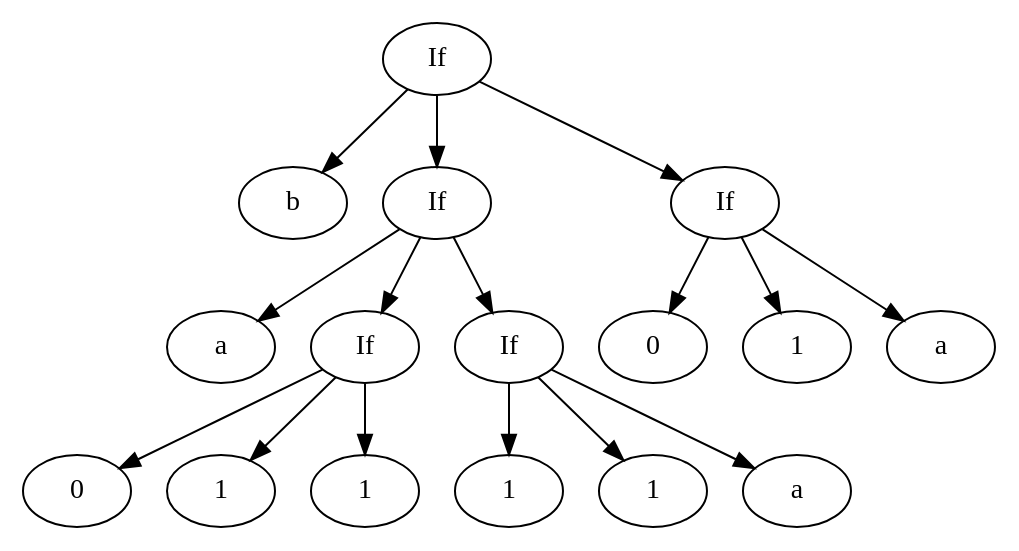
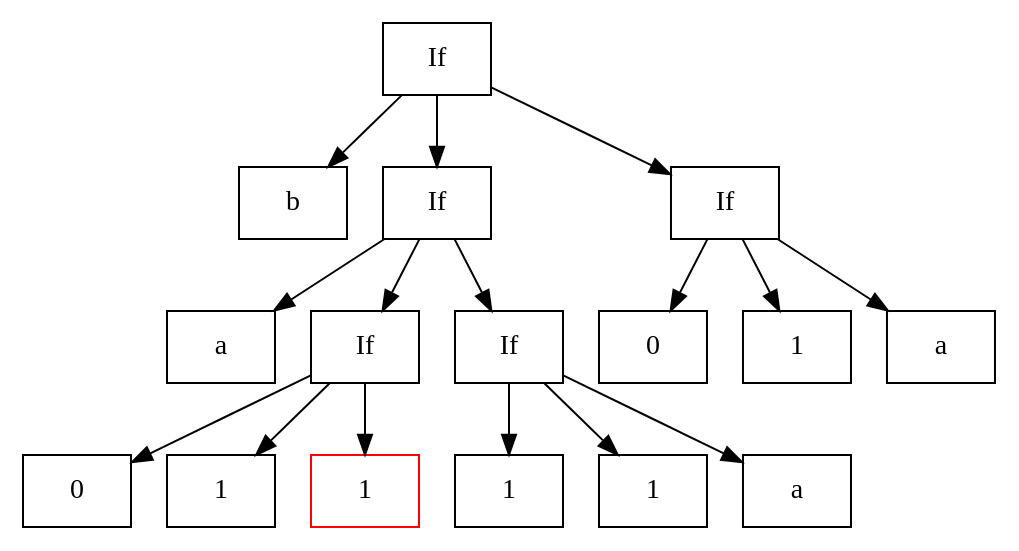
One commit to chathamabate/youtube-misc changed the diagram in boolreduce/graphs/eval1.gv. Above: the diagram before and after it, drawn with Graphviz. The commit also changed 17 other files, not shown here.

```diff
--- a/boolreduce/graphs/eval1.gv
+++ b/boolreduce/graphs/eval1.gv
@@ -1,35 +1,37 @@
 
 // Eval 1
 digraph G {
+    node [shape="box"]
+
     n0 [label="If"];
     n0 -> n1;
     n1 [label="b"];
     n0 -> n2;
     n2 [label="If"];
     n2 -> n3;
     n3 [label="a"];
     n2 -> n4;
     n4 [label="If"];
     n4 -> n5;
     n5 [label="0"];
     n4 -> n6;
     n6 [label="1"];
     n4 -> n7;
-    n7 [label="1"];
+    n7 [label="1" color="red"];
     n2 -> n8;
     n8 [label="If"];
     n8 -> n9;
     n9 [label="1"];
     n8 -> n10;
     n10 [label="1"];
     n8 -> n11;
     n11 [label="a"];
     n0 -> n12;
     n12 [label="If"];
     n12 -> n13;
     n13 [label="0"];
     n12 -> n14;
     n14 [label="1"];
     n12 -> n15;
     n15 [label="a"];
 }
```
